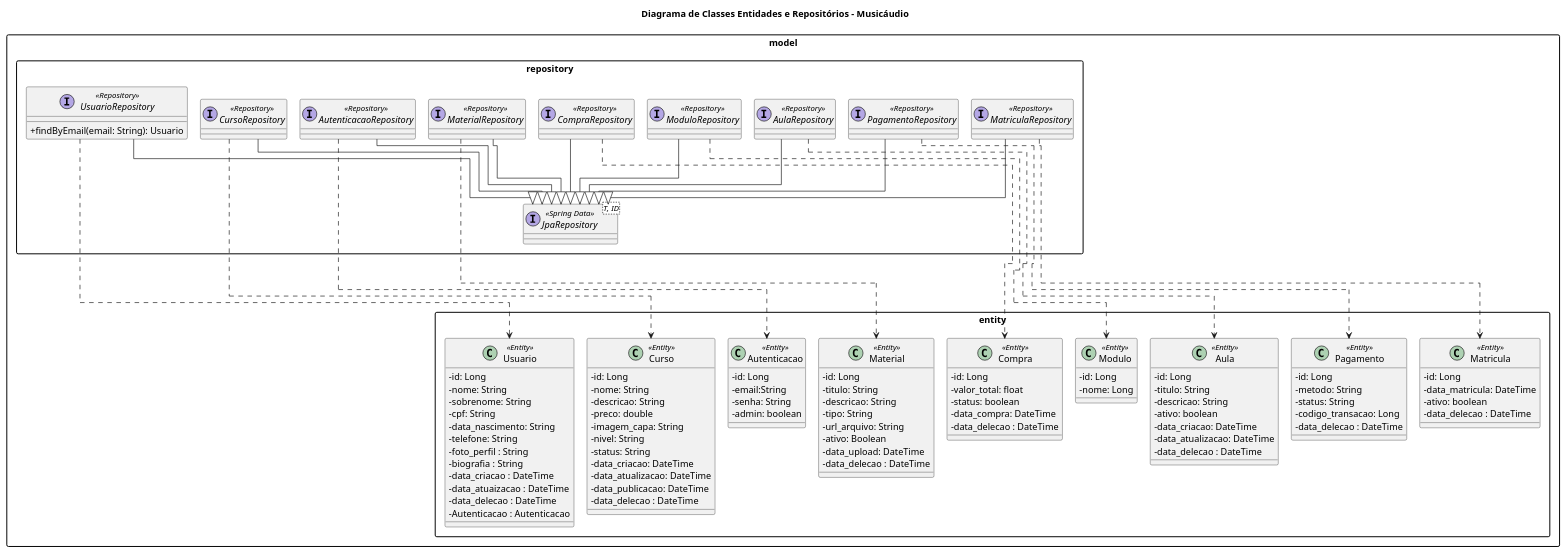
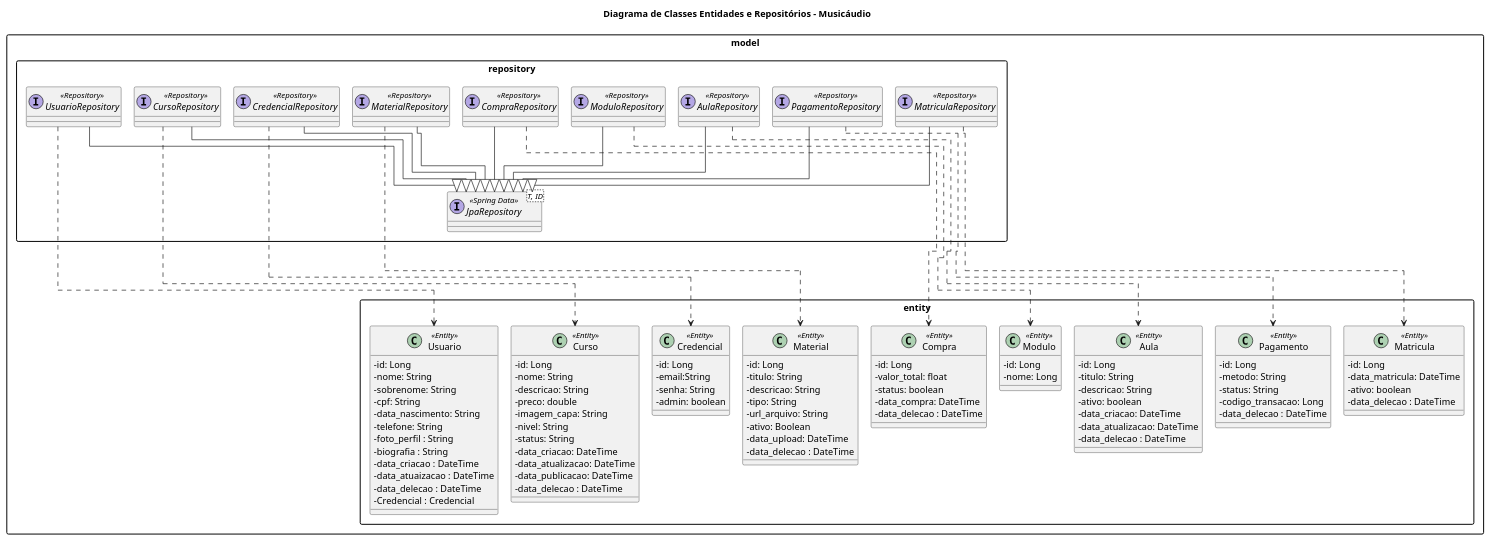
The diagram in Classe/BackEnd/Entidades.puml (JorgeSkraba/Musicaudio_UML), drawn with PlantUML before and after one commit. The commit also changed 5 other files, not shown here.

```diff
--- a/Classe/BackEnd/Entidades.puml
+++ b/Classe/BackEnd/Entidades.puml
@@ -1,150 +1,148 @@
 @startuml
 title Diagrama de Classes Entidades e Repositórios - Musicáudio
 
 !pragma layout elk
 
 left to right direction
 
 skinparam linetype ortho
 skinparam nodesep 120
 skinparam ranksep 100
 
 skinparam classAttributeIconSize 0
 skinparam packageStyle rectangle
 skinparam shadowing false
 
 package "model.entity" {
 
     class Usuario <<Entity>> {
         -id: Long
         -nome: String
         -sobrenome: String
         -cpf: String
         -data_nascimento: String
         -telefone: String
         -foto_perfil : String
         -biografia : String
         -data_criacao : DateTime
         -data_atuaizacao : DateTime
         -data_delecao : DateTime
-        -Autenticacao : Autenticacao
+        -Credencial : Credencial
     }
 
-    class Autenticacao <<Entity>> {
+    class Credencial <<Entity>> {
         -id: Long
         -email:String
         -senha: String
         -admin: boolean
     }
     
     class Curso <<Entity>> {
         -id: Long
         -nome: String
         -descricao: String
         -preco: double
         -imagem_capa: String
         -nivel: String
         -status: String
         -data_criacao: DateTime
         -data_atualizacao: DateTime
         -data_publicacao: DateTime
         -data_delecao : DateTime
     }
 
     class Modulo <<Entity>> {
         -id: Long
         -nome: Long
     }
 
     class Aula <<Entity>> {
         -id: Long
         -titulo: String
         -descricao: String
         -ativo: boolean
         -data_criacao: DateTime
         -data_atualizacao: DateTime
         -data_delecao : DateTime
     }
 
     class Material <<Entity>> {
         -id: Long
         -titulo: String
         -descricao: String
         -tipo: String
         -url_arquivo: String
         -ativo: Boolean
         -data_upload: DateTime
         -data_delecao : DateTime
     }
 
     class Compra <<Entity>> {
         -id: Long
         -valor_total: float
         -status: boolean
         -data_compra: DateTime
         -data_delecao : DateTime
     }
 
     class Pagamento <<Entity>> {
         -id: Long
         -metodo: String
         -status: String
         -codigo_transacao: Long
         -data_delecao : DateTime
     }
 
     class Matricula <<Entity>> {
         -id: Long
         -data_matricula: DateTime
         -ativo: boolean
         -data_delecao : DateTime
     }
 }
 
 package "model.repository" {
 
-    interface UsuarioRepository <<Repository>> {
-        +findByEmail(email: String): Usuario
-    }
+    interface UsuarioRepository <<Repository>> 
 
-    interface AutenticacaoRepository <<Repository>>
+    interface CredencialRepository <<Repository>>
 
     interface CursoRepository <<Repository>>
 
     interface ModuloRepository <<Repository>>
 
     interface AulaRepository <<Repository>>
 
     interface MaterialRepository <<Repository>>
 
     interface CompraRepository <<Repository>>
 
     interface PagamentoRepository <<Repository>>
 
     interface MatriculaRepository <<Repository>>
 
     interface JpaRepository<T, ID> <<Spring Data>>
 }
 
 ' Repositories
 
 UsuarioRepository --|> JpaRepository
 CursoRepository --|> JpaRepository
 ModuloRepository --|> JpaRepository
 AulaRepository --|> JpaRepository
 MaterialRepository --|> JpaRepository
 CompraRepository --|> JpaRepository
 PagamentoRepository --|> JpaRepository
 MatriculaRepository  --|> JpaRepository
-AutenticacaoRepository --|> JpaRepository
+CredencialRepository --|> JpaRepository
 
 UsuarioRepository ..> Usuario
 CursoRepository ..> Curso
 ModuloRepository ..> Modulo
 AulaRepository ..> Aula
 MaterialRepository ..> Material
 CompraRepository ..> Compra
 PagamentoRepository ..> Pagamento
 MatriculaRepository ..> Matricula
-AutenticacaoRepository ..> Autenticacao
+CredencialRepository ..> Credencial
 @enduml
```
